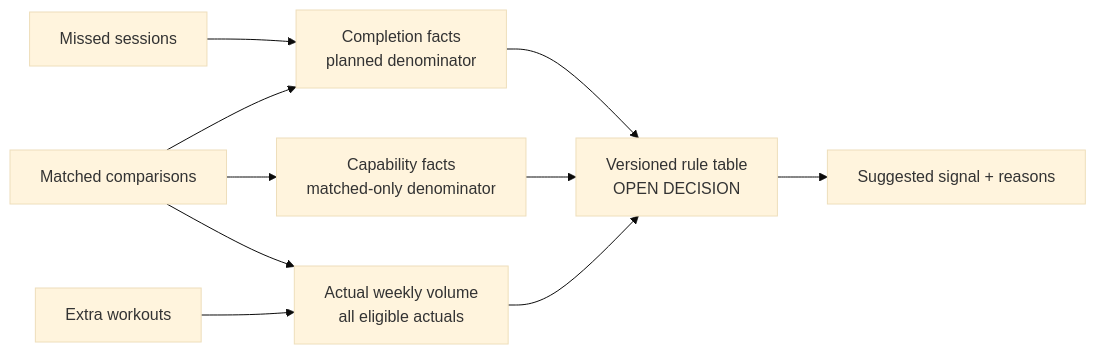
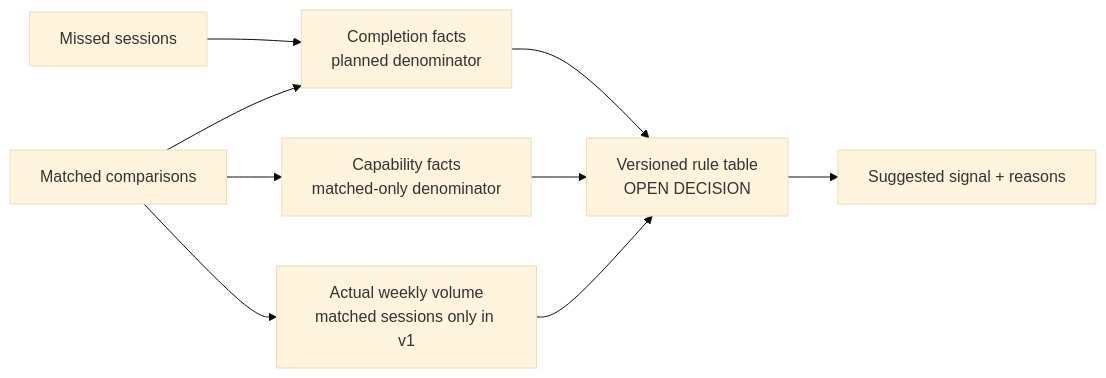
One commit to tinips/adaptive_training_coach changed the fourth of 4 diagrams in docs/design/first-week-evaluator.md. Above: the diagram before and after it, drawn with Mermaid (base theme). The commit also changed other lines of this file and 9 other files, not shown here.

````diff
--- a/docs/design/first-week-evaluator.md
+++ b/docs/design/first-week-evaluator.md
@@ -479,12 +525,11 @@
 ```mermaid
 flowchart LR
     M["Matched comparisons"] --> C["Completion facts<br/>planned denominator"]
     X["Missed sessions"] --> C
     M --> A["Capability facts<br/>matched-only denominator"]
-    E["Extra workouts"] --> V["Actual weekly volume<br/>all eligible actuals"]
-    M --> V
+    M --> V["Actual weekly volume<br/>matched sessions only in v1"]
     C --> R["Versioned rule table<br/>OPEN DECISION"]
     A --> R
     V --> R
     R --> S["Suggested signal + reasons"]
 ```
````
